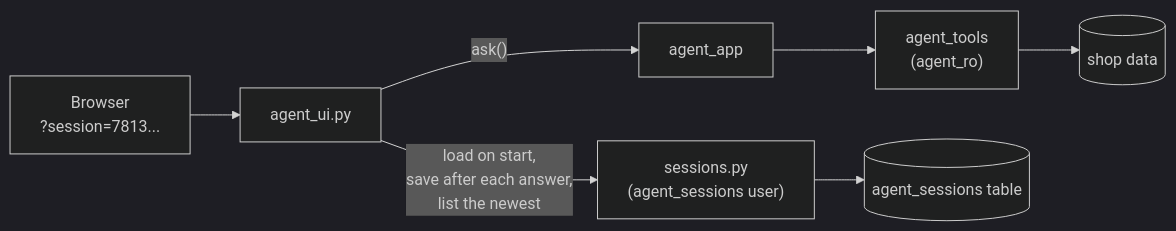
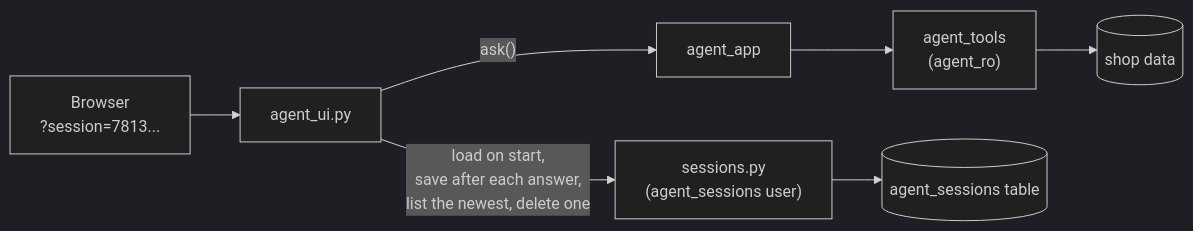
Before and after one commit to ensanguine2279/sctp-aie-m5-jurong-marine: the diagram in docs/sessions.md, drawn with Mermaid (dark theme). The commit also changed other lines of this file and 20 other files, not shown here.

````diff
--- a/docs/sessions.md
+++ b/docs/sessions.md
@@ -14,9 +15,9 @@
 ```mermaid
 flowchart LR
     B["Browser<br/>?session=7813..."] --> U["agent_ui.py"]
     U -->|"ask()"| A["agent_app"]
     A --> T["agent_tools<br/>(agent_ro)"]
-    U -->|"load on start,<br/>save after each answer,<br/>list the newest"| S["sessions.py<br/>(agent_sessions user)"]
+    U -->|"load on start,<br/>save after each answer,<br/>list the newest, delete one"| S["sessions.py<br/>(agent_sessions user)"]
     S --> D[("agent_sessions table")]
     T --> M[("shop data")]
 ```
````
